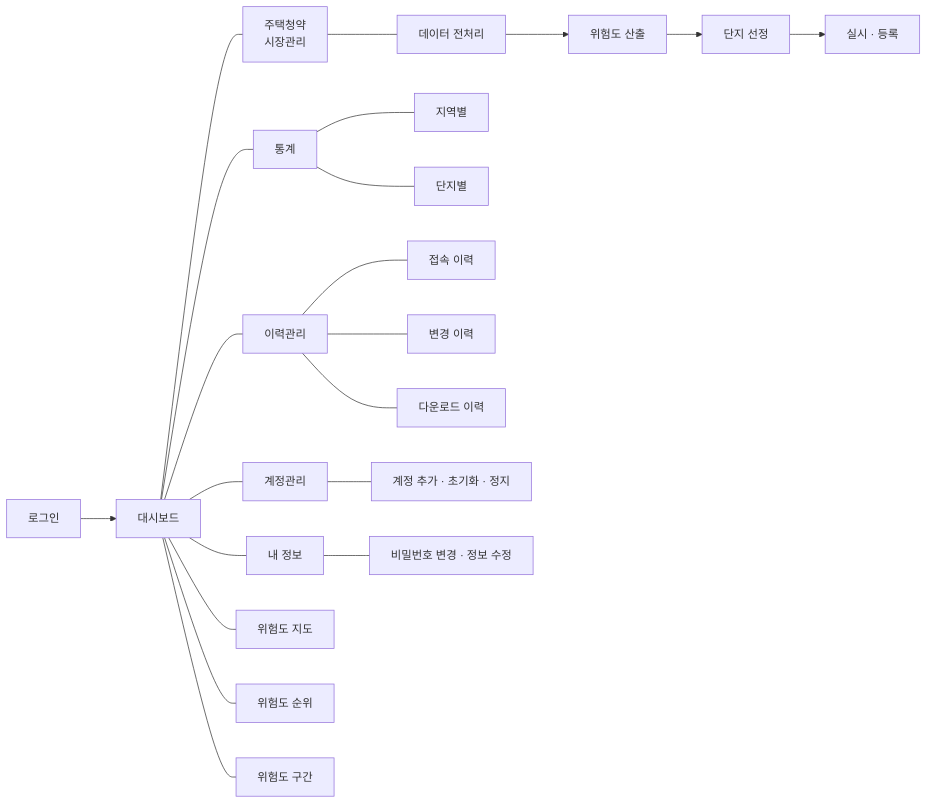
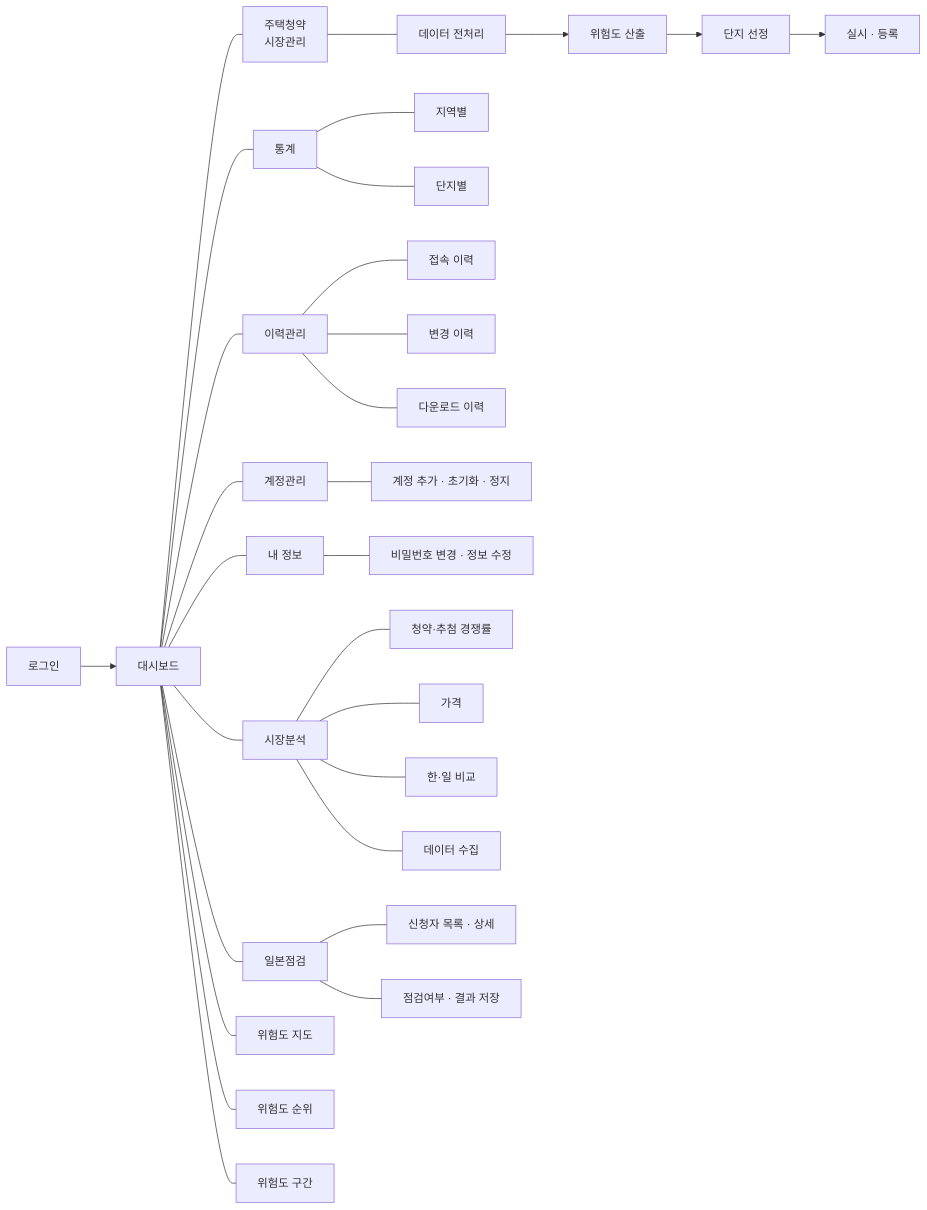
Before and after one commit to atome9797/koreareb: the fifth of 8 diagrams in README.md, drawn with Mermaid. The commit also changed other lines of this file and 62 other files, not shown here.

````diff
--- a/README.md
+++ b/README.md
@@ -121,16 +226,20 @@
 ```mermaid
 flowchart LR
     L["로그인"] --> D["대시보드"]
     D --- G1["주택청약<br/>시장관리"]
     D --- G2["통계"]
     D --- G3["이력관리"]
     D --- G4["계정관리"]
     D --- G5["내 정보"]
+    D --- G6["시장분석"]
+    D --- G7["일본점검"]
     D --- M1["위험도 지도"] & M2["위험도 순위"] & M3["위험도 구간"]
     G1 --- S1["데이터 전처리"]
     S1 --> S2["위험도 산출"] --> S3["단지 선정"] --> S4["실시 · 등록"]
     G2 --- T1["지역별"] & T2["단지별"]
     G3 --- H1["접속 이력"] & H2["변경 이력"] & H3["다운로드 이력"]
     G4 --- C1["계정 추가 · 초기화 · 정지"]
     G5 --- E1["비밀번호 변경 · 정보 수정"]
+    G6 --- K1["청약·추첨 경쟁률"] & K2["가격"] & K3["한·일 비교"] & K4["데이터 수집"]
+    G7 --- J1["신청자 목록 · 상세"] & J2["점검여부 · 결과 저장"]
 ```
````
